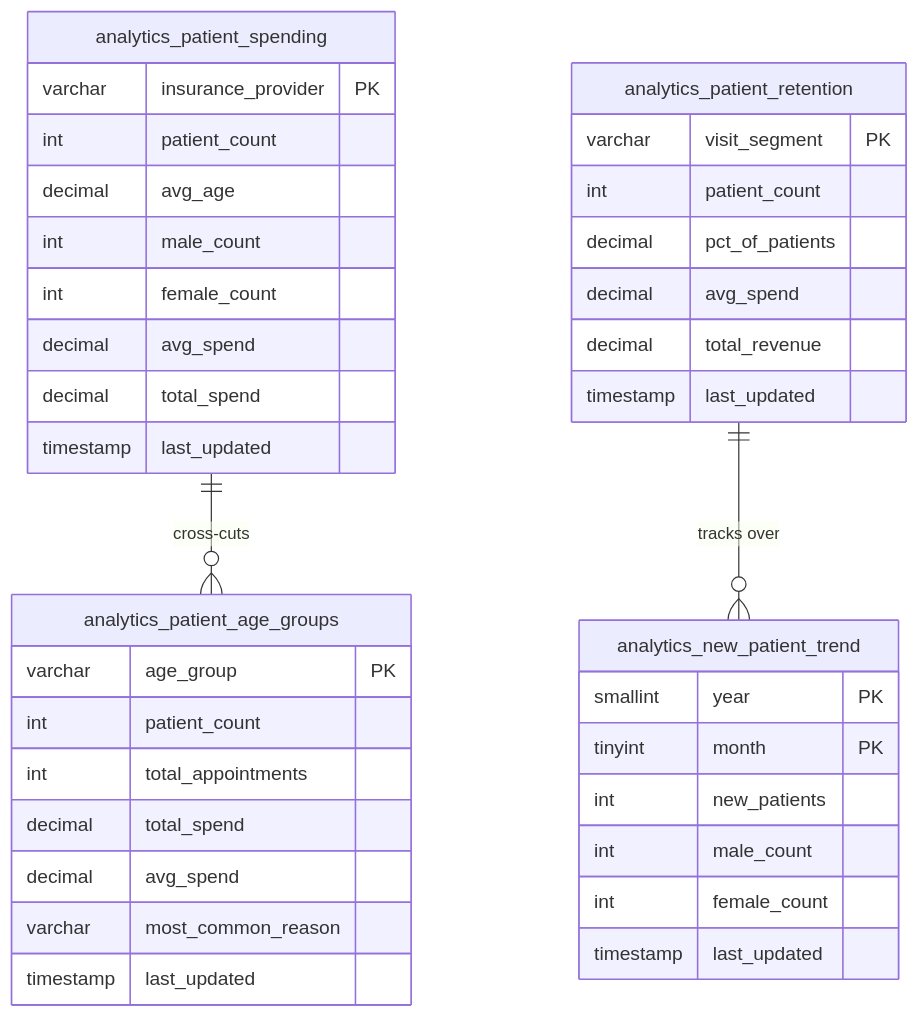
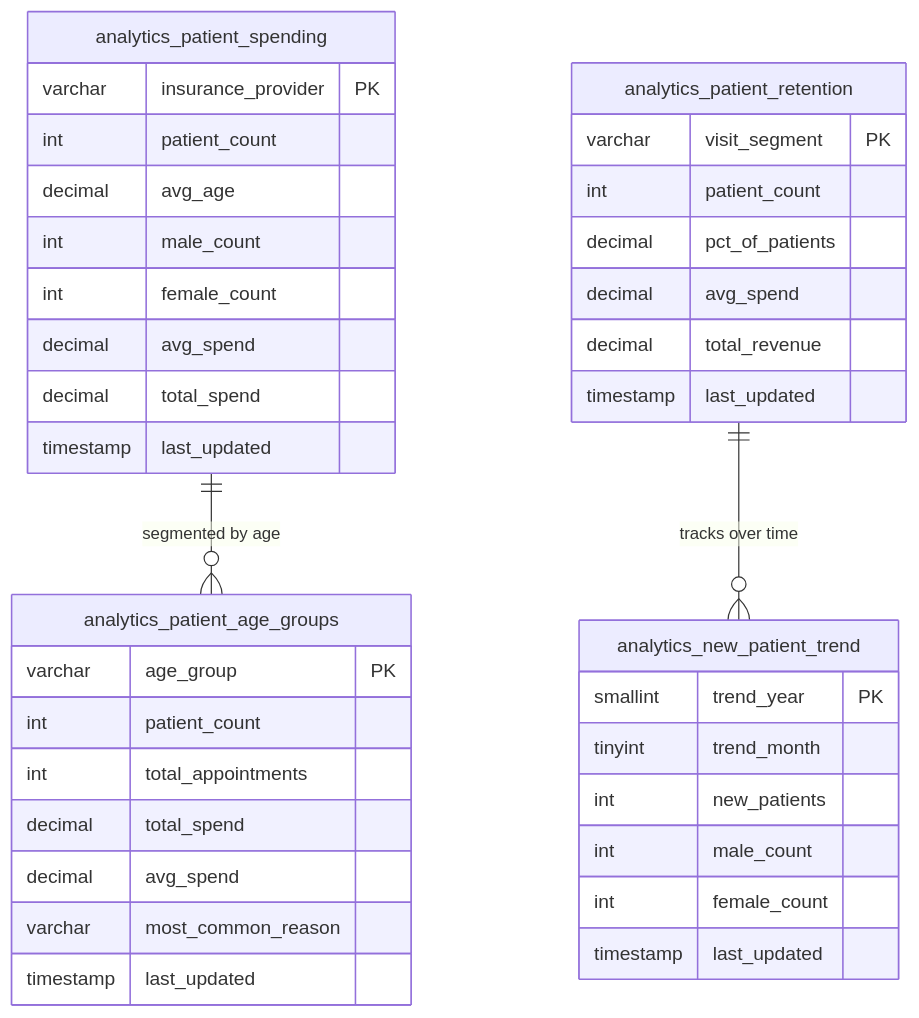
One commit to PampariNaresh/healthcare-data-platform changed diagram 14 of 15 in PROJECT_DOCUMENTATION.md. Above: the diagram before and after it, drawn with Mermaid. The commit also changed other lines of this file, not shown here.

First line of the commit message:
fix: resolve Mermaid erDiagram parse errors in Operational and Patient analytics

````diff
--- a/PROJECT_DOCUMENTATION.md
+++ b/PROJECT_DOCUMENTATION.md
@@ -1404,44 +1406,44 @@
 ```mermaid
 erDiagram
     analytics_patient_spending {
         varchar   insurance_provider PK
         int       patient_count
         decimal   avg_age
         int       male_count
         int       female_count
         decimal   avg_spend
         decimal   total_spend
         timestamp last_updated
     }
 
     analytics_patient_age_groups {
         varchar   age_group PK
         int       patient_count
         int       total_appointments
         decimal   total_spend
         decimal   avg_spend
         varchar   most_common_reason
         timestamp last_updated
     }
 
     analytics_patient_retention {
         varchar   visit_segment PK
         int       patient_count
         decimal   pct_of_patients
         decimal   avg_spend
         decimal   total_revenue
         timestamp last_updated
     }
 
     analytics_new_patient_trend {
-        smallint  year PK
-        tinyint   month PK
+        smallint  trend_year PK
+        tinyint   trend_month
         int       new_patients
         int       male_count
         int       female_count
         timestamp last_updated
     }
 
-    analytics_patient_spending   ||--o{ analytics_patient_age_groups : "cross-cuts"
-    analytics_patient_retention  ||--o{ analytics_new_patient_trend  : "tracks over"
+    analytics_patient_spending  ||--o{ analytics_patient_age_groups : "segmented by age"
+    analytics_patient_retention ||--o{ analytics_new_patient_trend  : "tracks over time"
 ```
````
